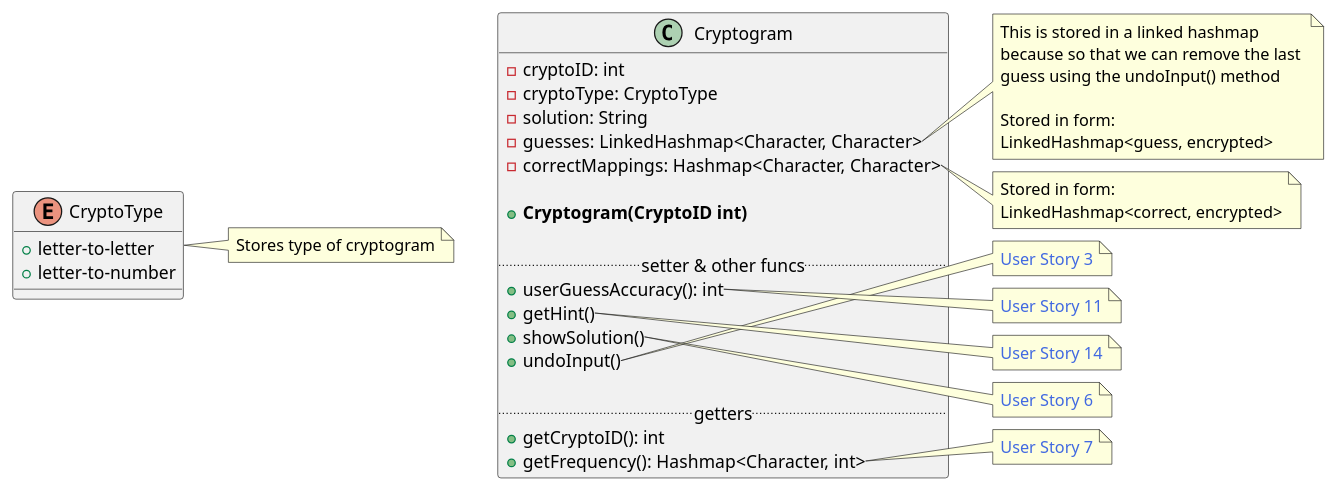
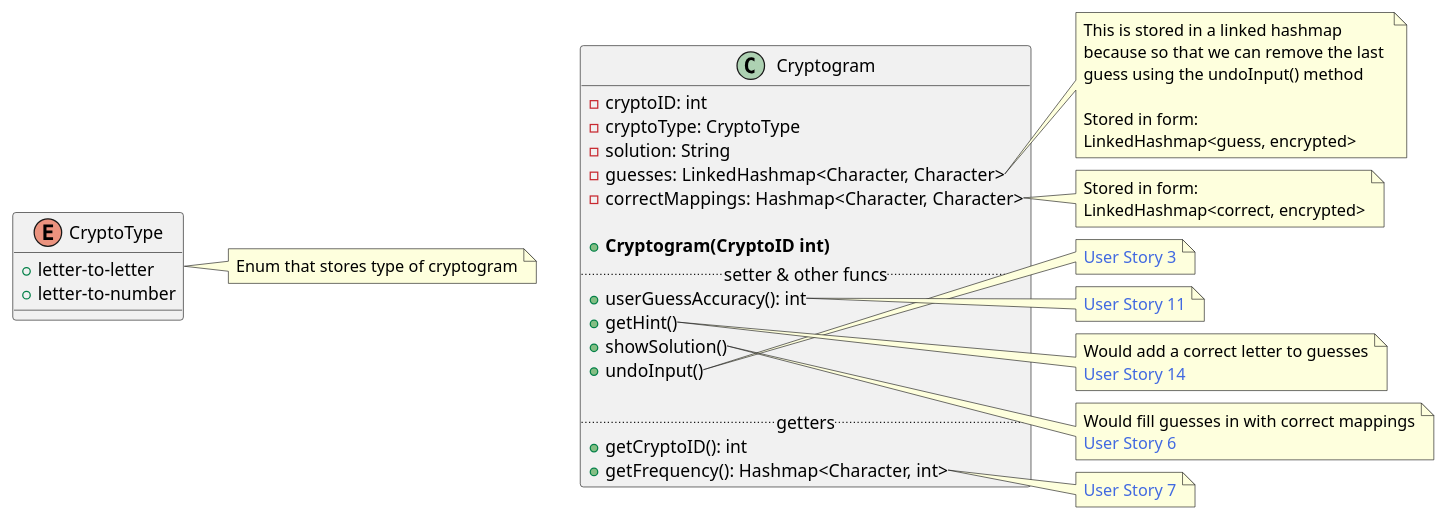
Before and after one commit to finlaysr/CS207-Cryptograms: the diagram in Class-Diagrams/src/cryptogram.puml, drawn with PlantUML. The commit also changed 5 other files, not shown here.

```diff
--- a/Class-Diagrams/src/cryptogram.puml
+++ b/Class-Diagrams/src/cryptogram.puml
@@ -1,74 +1,75 @@
 @startuml
 
 ' Maybe should be an interface
 class Cryptogram {
     - cryptoID: int
     - cryptoType: CryptoType
     - solution: String
     - guesses: LinkedHashmap<Character, Character>
     - correctMappings: Hashmap<Character, Character>
 
     + **Cryptogram(CryptoID int)**
-
     ..setter & other funcs..
     + userGuessAccuracy(): int    
     + getHint()
     + showSolution()
     + undoInput()
 
     ..getters..
     + getCryptoID(): int
     + getFrequency(): Hashmap<Character, int>
 }
 
 enum CryptoType{
 
     + letter-to-letter
     + letter-to-number
 }
 
 note right of CryptoType
-    Stores type of cryptogram
+    Enum that stores type of cryptogram
 end Note
 
 
 note right of Cryptogram::guesses
     This is stored in a linked hashmap
     because so that we can remove the last 
     guess using the undoInput() method
 
     Stored in form:
     LinkedHashmap<guess, encrypted>
 end note
 
 note right of Cryptogram::correctMappings
     Stored in form:
     LinkedHashmap<correct, encrypted>
 end note
 
 note right of Cryptogram::undoInput
     pop the last value
     from the guesses stack
 end note
 
 note right of Cryptogram::userGuessAccuracy
     <color:royalBlue>User Story 11</color>
 end note
 
 note right of Cryptogram::getHint
+    Would add a correct letter to guesses
     <color:royalBlue>User Story 14</color>
 end note
 
 note right of Cryptogram::showSolution
+    Would fill guesses in with correct mappings
     <color:royalBlue>User Story 6</color>
 end note
 
 note right of Cryptogram::undoInput
     <color:royalBlue>User Story 3</color>
 end note
 
 note right of Cryptogram::getFrequency
     <color:royalBlue>User Story 7</color>
 end note
 
 @enduml
```
